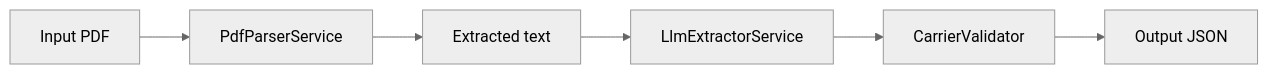
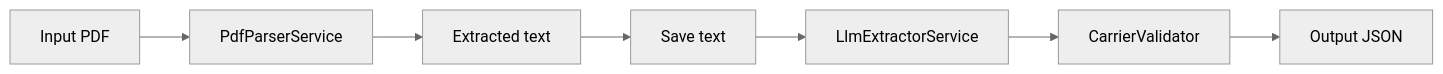
One commit to iammikek/universal-carrier-formatter changed the diagram in docs/BRIEF_SCORE_AND_IMPROVEMENTS.md. Above: the diagram before and after it, drawn with Mermaid (neutral theme). The commit also changed other lines of this file and 14 other files, not shown here.

First line of the commit message:
Always save extracted text; add progress feedback; update docs; remove Huboo ref

````diff
--- a/docs/BRIEF_SCORE_AND_IMPROVEMENTS.md
+++ b/docs/BRIEF_SCORE_AND_IMPROVEMENTS.md
@@ -72,15 +72,17 @@
 ```mermaid
 flowchart LR
     PDF[Input PDF]
     PdfParser[PdfParserService]
     Text[Extracted text]
+    Save[Save text]
     LlmExtractor[LlmExtractorService]
     Validator[CarrierValidator]
     JSON[Output JSON]
 
     PDF --> PdfParser
     PdfParser --> Text
-    Text --> LlmExtractor
+    Text --> Save
+    Save --> LlmExtractor
     LlmExtractor --> Validator
     Validator --> JSON
 ```
````
